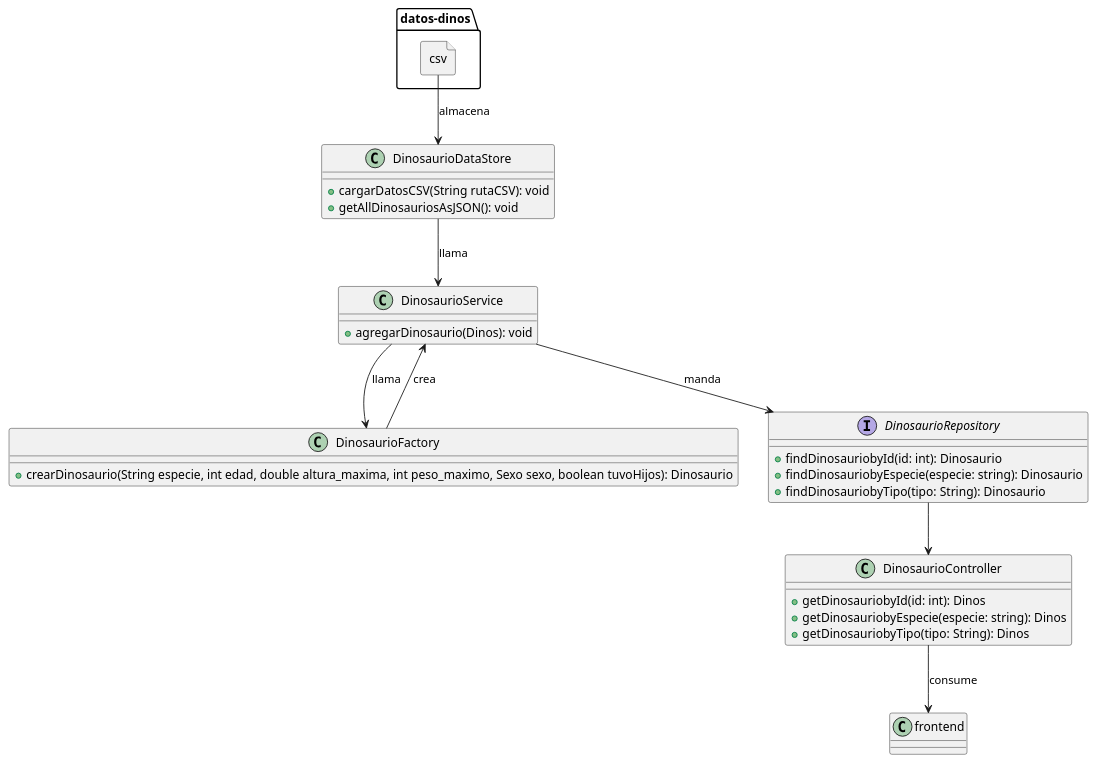
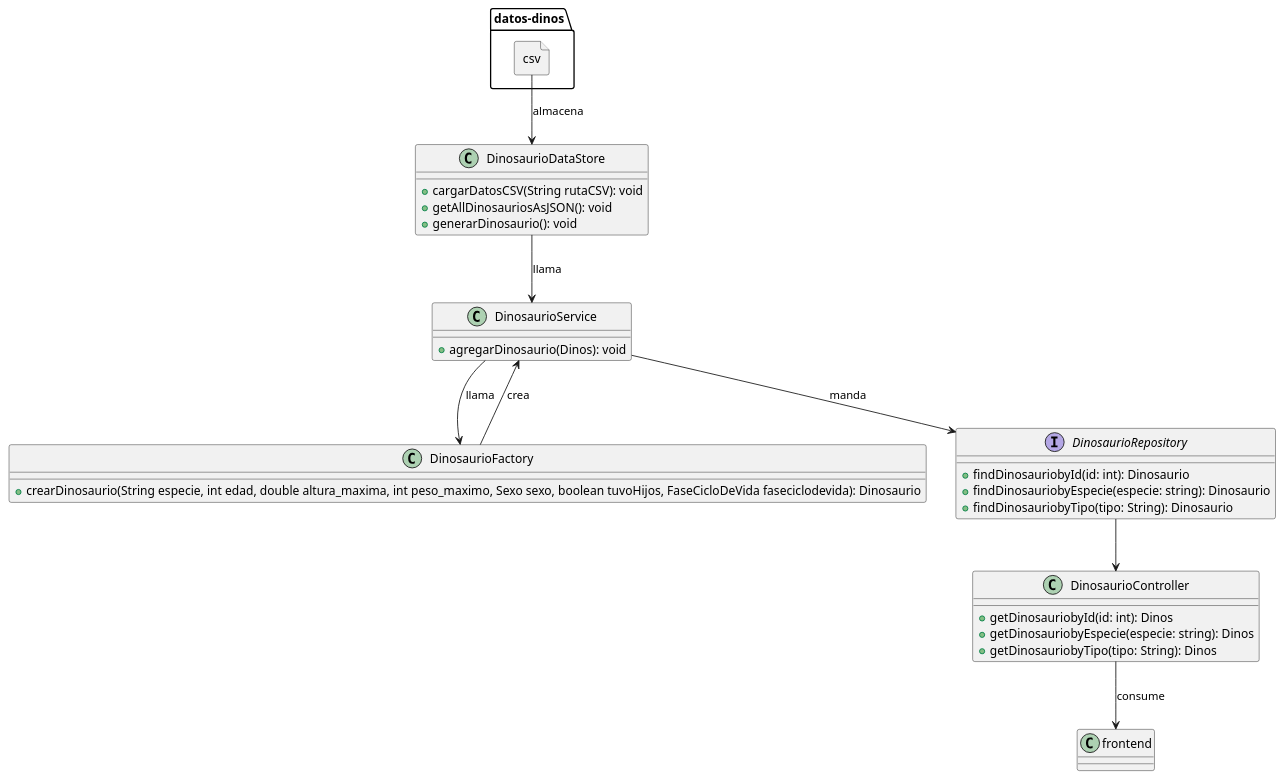
Before and after one commit to sssdark302/JurassicPark: the diagram in uml/ReproClases.puml, drawn with PlantUML. The commit also changed 10 other files, not shown here.

```diff
--- a/uml/ReproClases.puml
+++ b/uml/ReproClases.puml
@@ -1,39 +1,40 @@
 @startuml
 
 class DinosaurioDataStore {
     +cargarDatosCSV(String rutaCSV): void
     +getAllDinosauriosAsJSON(): void
+    +generarDinosaurio(): void
 }
 
 class DinosaurioService{
     +agregarDinosaurio(Dinos): void
 }
 
 class DinosaurioFactory{
-    +crearDinosaurio(String especie, int edad, double altura_maxima, int peso_maximo, Sexo sexo, boolean tuvoHijos): Dinosaurio
+    +crearDinosaurio(String especie, int edad, double altura_maxima, int peso_maximo, Sexo sexo, boolean tuvoHijos, FaseCicloDeVida faseciclodevida): Dinosaurio
 }
 
 file datos-dinos.csv{
 }
 interface DinosaurioRepository{
     +findDinosauriobyId(id: int): Dinosaurio
     +findDinosauriobyEspecie(especie: string): Dinosaurio
     +findDinosauriobyTipo(tipo: String): Dinosaurio
 }
 class DinosaurioController{
     +getDinosauriobyId(id: int): Dinos
     +getDinosauriobyEspecie(especie: string): Dinos
     +getDinosauriobyTipo(tipo: String): Dinos
 }
 class frontend{
 }
 
 csv -->  DinosaurioDataStore : almacena
 DinosaurioDataStore --> DinosaurioService : llama
 DinosaurioService --> DinosaurioFactory : llama
 DinosaurioService <-- DinosaurioFactory : crea
 DinosaurioController --> frontend : consume
 DinosaurioService --> DinosaurioRepository : manda
 DinosaurioRepository --> DinosaurioController
 
 @enduml
```
